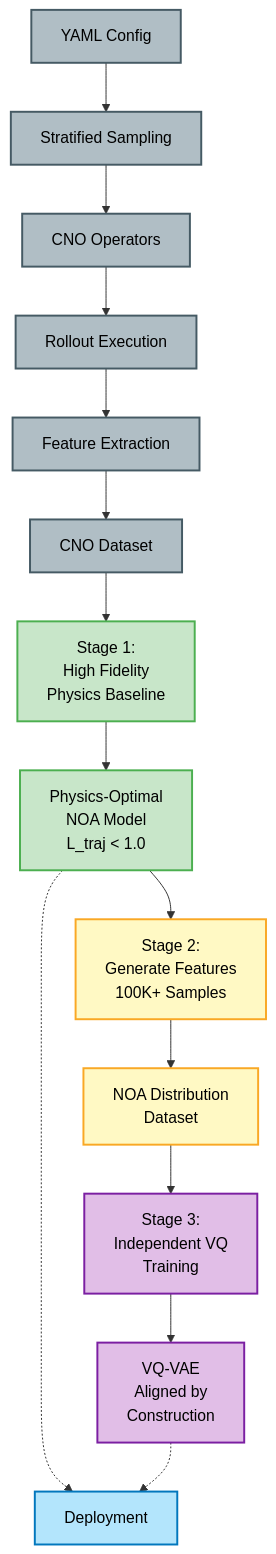
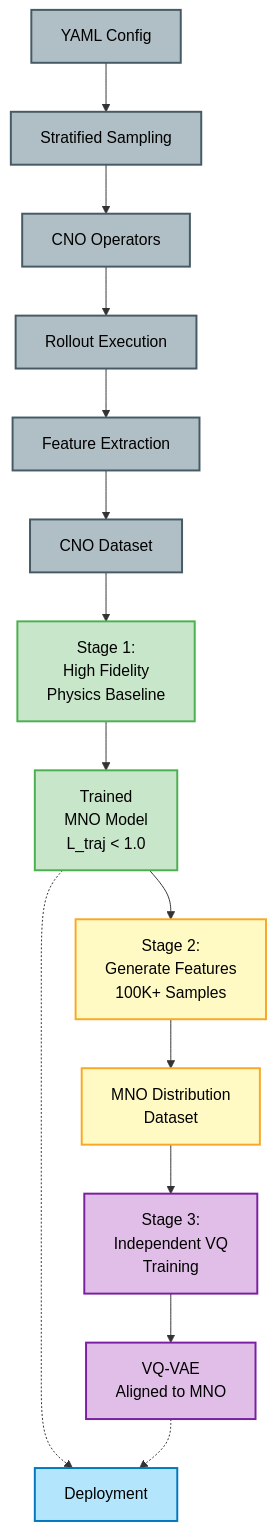
One commit to dgabriele/spinlock changed the diagram in README.md. Above: the diagram before and after it, drawn with Mermaid. The commit also changed other lines of this file and 3 other files, not shown here.

First line of the commit message:
docs: distinguish MNO (Meta-Neural Operator) from NOA (Neural Operator Agent)

````diff
--- a/README.md
+++ b/README.md
@@ -180,32 +190,32 @@
 ```mermaid
 flowchart TB
     Config[YAML Config] --> Sampling[Stratified Sampling]
     Sampling --> CNOs[CNO Operators]
     CNOs --> Rollouts[Rollout Execution]
     Rollouts --> Extract[Feature Extraction]
     Extract --> CNOData[CNO Dataset]
 
     CNOData --> Stage1[Stage 1:<br/>High Fidelity<br/>Physics Baseline]
-    Stage1 --> NOAModel[Physics-Optimal<br/>NOA Model<br/>L_traj < 1.0]
+    Stage1 --> MNOModel[Trained<br/>MNO Model<br/>L_traj < 1.0]
 
-    NOAModel --> Stage2[Stage 2:<br/>Generate Features<br/>100K+ Samples]
-    Stage2 --> NOAFeatures[NOA Distribution<br/>Dataset]
+    MNOModel --> Stage2[Stage 2:<br/>Generate Features<br/>100K+ Samples]
+    Stage2 --> MNOFeatures[MNO Distribution<br/>Dataset]
 
-    NOAFeatures --> Stage3[Stage 3:<br/>Independent VQ<br/>Training]
-    Stage3 --> VQVAEModel[VQ-VAE<br/>Aligned by<br/>Construction]
+    MNOFeatures --> Stage3[Stage 3:<br/>Independent VQ<br/>Training]
+    Stage3 --> VQVAEModel[VQ-VAE<br/>Aligned to MNO]
 
-    NOAModel -.-> Deployment[Deployment]
+    MNOModel -.-> Deployment[Deployment]
     VQVAEModel -.-> Deployment
 
     classDef phase0 fill:#b0bec5,stroke:#455a64,stroke-width:2px,color:#000
     classDef stage1 fill:#c8e6c9,stroke:#4caf50,stroke-width:2px,color:#000
     classDef stage2 fill:#fff9c4,stroke:#f9a825,stroke-width:2px,color:#000
     classDef stage3 fill:#e1bee7,stroke:#7b1fa2,stroke-width:2px,color:#000
     classDef deployment fill:#b3e5fc,stroke:#0277bd,stroke-width:2px,color:#000
 
     class Config,Sampling,CNOs,Rollouts,Extract,CNOData phase0
-    class Stage1,NOAModel stage1
-    class Stage2,NOAFeatures stage2
+    class Stage1,MNOModel stage1
+    class Stage2,MNOFeatures stage2
     class Stage3,VQVAEModel stage3
     class Deployment deployment
 ```
````
